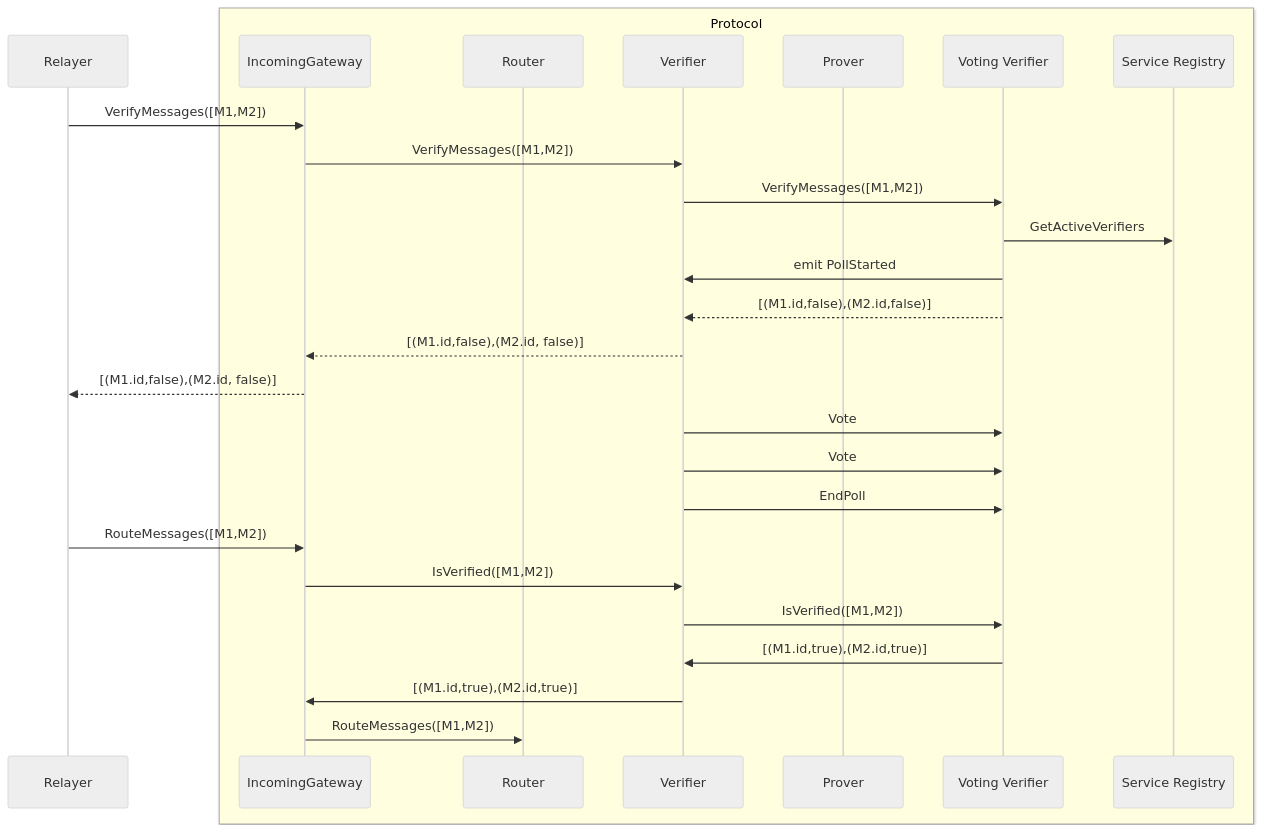
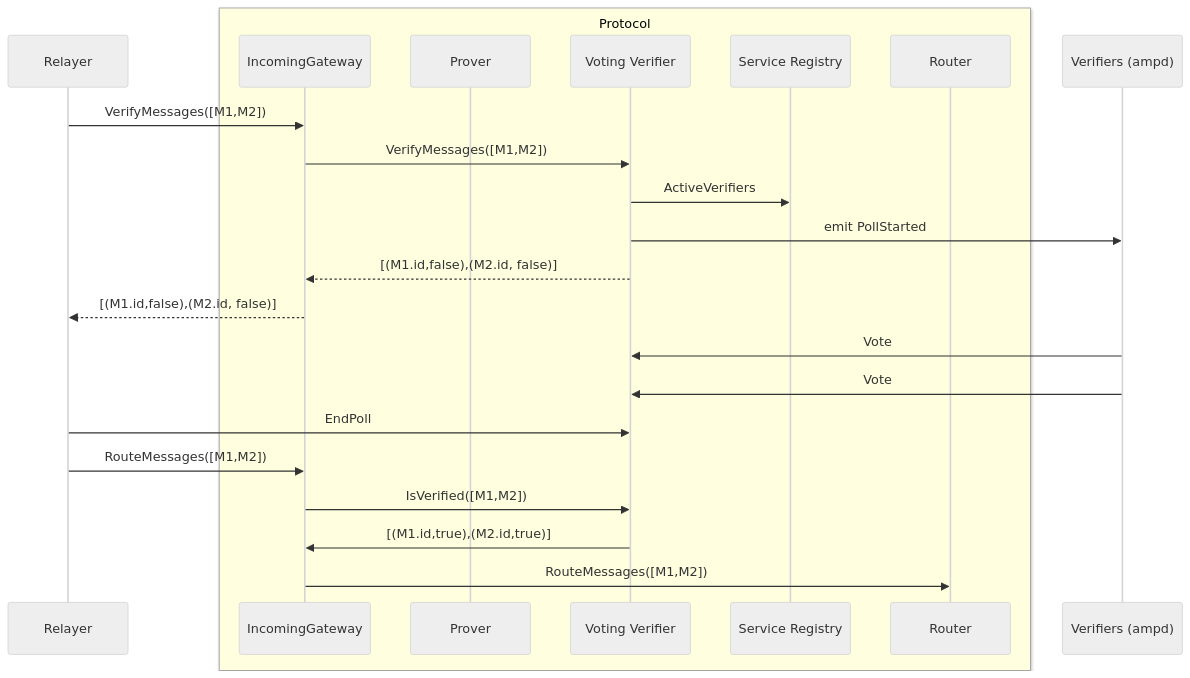
The third of 4 diagrams in doc/src/overview.md (axelarnetwork/axelar-amplifier), drawn with Mermaid (neutral theme) before and after one commit. The commit also changed other lines of this file, not shown here.

````diff
--- a/doc/src/overview.md
+++ b/doc/src/overview.md
@@ -79,34 +77,29 @@
 ```mermaid
 sequenceDiagram
     participant Relayer
     box LightYellow Protocol
     participant IncomingGateway
-    participant Router
-    participant Verifier
     participant Prover
     participant Voting Verifier
     participant Service Registry
+    participant Router
     end
-    participant Verifier
+    participant Verifiers (ampd)
     Relayer->>IncomingGateway: VerifyMessages([M1,M2])
-    IncomingGateway->>Verifier: VerifyMessages([M1,M2])
-    Verifier->>Voting Verifier: VerifyMessages([M1,M2])
-    Voting Verifier->>Service Registry: GetActiveVerifiers
-    Voting Verifier->>Verifier: emit PollStarted
-    Voting Verifier-->>Verifier: [(M1.id,false),(M2.id,false)]
-    Verifier-->>IncomingGateway: [(M1.id,false),(M2.id, false)]
+    IncomingGateway->>Voting Verifier: VerifyMessages([M1,M2])
+    Voting Verifier->>Service Registry: ActiveVerifiers
+    Voting Verifier->>Verifiers (ampd): emit PollStarted
+    Voting Verifier-->>IncomingGateway: [(M1.id,false),(M2.id, false)]
     IncomingGateway-->>Relayer: [(M1.id,false),(M2.id, false)]
-    Verifier->>Voting Verifier: Vote
-    Verifier->>Voting Verifier: Vote
-    Verifier->>Voting Verifier: EndPoll
+    Verifiers (ampd)->>Voting Verifier: Vote
+    Verifiers (ampd)->>Voting Verifier: Vote
+    Relayer->>Voting Verifier: EndPoll
 
 
 
     Relayer->>IncomingGateway: RouteMessages([M1,M2])
-    IncomingGateway->>Verifier: IsVerified([M1,M2])
-    Verifier->>Voting Verifier: IsVerified([M1,M2])
-    Voting Verifier->>Verifier: [(M1.id,true),(M2.id,true)]
-    Verifier->>IncomingGateway: [(M1.id,true),(M2.id,true)]
+    IncomingGateway->>Voting Verifier: IsVerified([M1,M2])
+    Voting Verifier->>IncomingGateway: [(M1.id,true),(M2.id,true)]
     IncomingGateway->>Router: RouteMessages([M1,M2])
 
 ```
````
